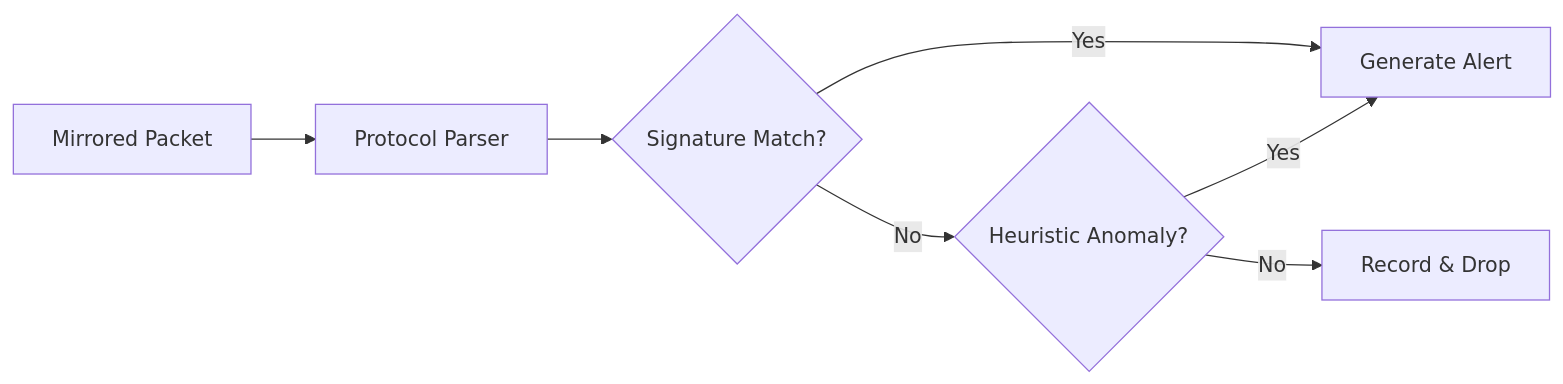
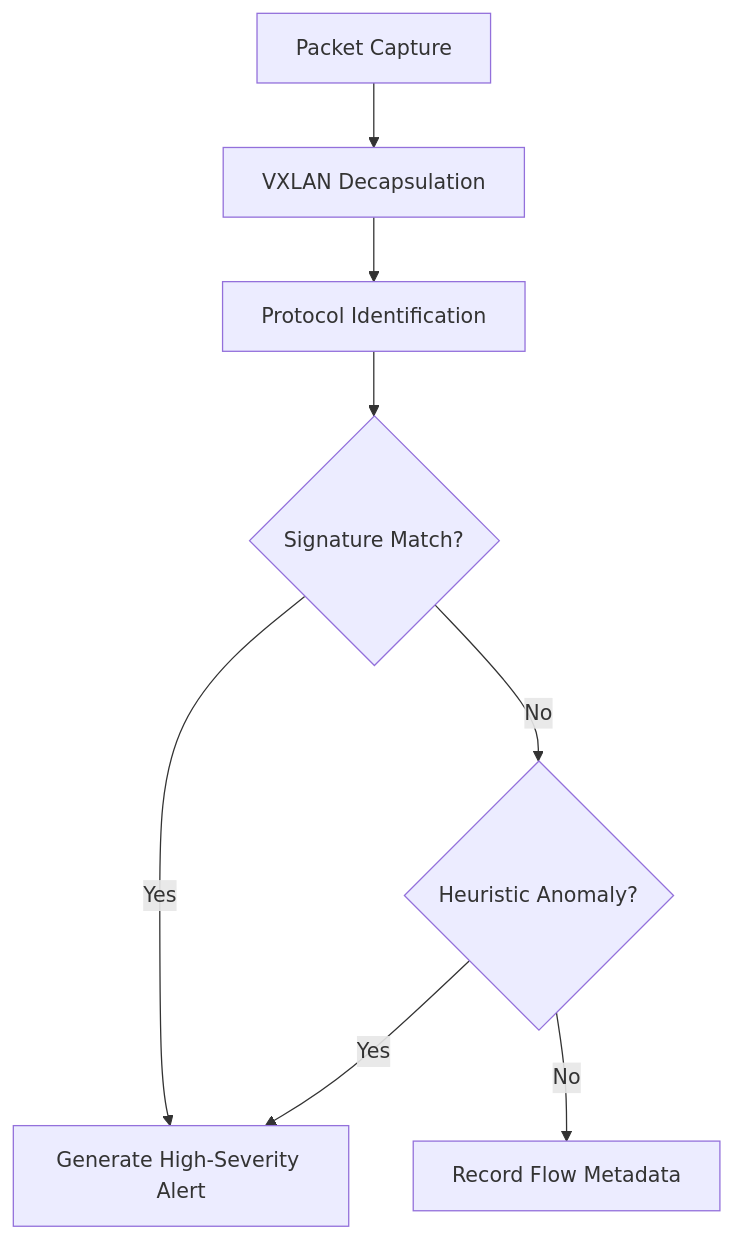
The third of 10 diagrams in README.md (Devopstrio/traffic-mirroring-for-ids), drawn with Mermaid before and after one commit. The commit also changed other lines of this file, not shown here.

Commit message:
docs: implement 10+ professional architecture diagrams for network threat visibility

````diff
--- a/README.md
+++ b/README.md
@@ -92,9 +143,10 @@
 ```mermaid
-graph LR
-    Packet[Mirrored Packet] --> Parse[Protocol Parser]
-    Parse --> Sig{Signature Match?}
-    Sig -->|Yes| Alert[Generate Alert]
-    Sig -->|No| Anomaly{Heuristic Anomaly?}
-    Anomaly -->|Yes| Alert
-    Anomaly -->|No| Drop[Record & Drop]
+graph TD
+    Capture[Packet Capture] --> Decap[VXLAN Decapsulation]
+    Decap --> Protocol[Protocol Identification]
+    Protocol --> Signature{Signature Match?}
+    Signature -->|Yes| Alert[Generate High-Severity Alert]
+    Signature -->|No| Heuristic{Heuristic Anomaly?}
+    Heuristic -->|Yes| Alert
+    Heuristic -->|No| Flow[Record Flow Metadata]
 ```
````
